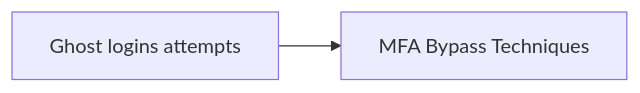
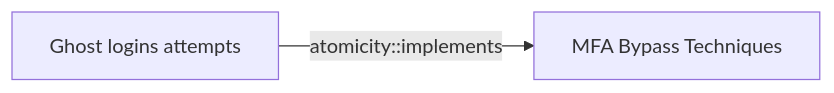
The diagram in docs/threats/ghost-logins-attempts.md (opentidehq/library), drawn with Mermaid before and after one commit. The commit also changed other lines of this file and 277 other files, not shown here.

````diff
--- a/docs/threats/ghost-logins-attempts.md
+++ b/docs/threats/ghost-logins-attempts.md
@@ -45,6 +75,6 @@
 ```mermaid
 flowchart LR
 6e988fa7_69c9_4aef_897c_a34fa5066dac["Ghost logins attempts"]
 4a807ac4_f764_41b1_ae6f_94239041d349["MFA Bypass Techniques"]
-6e988fa7_69c9_4aef_897c_a34fa5066dac --> 4a807ac4_f764_41b1_ae6f_94239041d349
+6e988fa7_69c9_4aef_897c_a34fa5066dac -->|atomicity::implements| 4a807ac4_f764_41b1_ae6f_94239041d349
 ```
````
